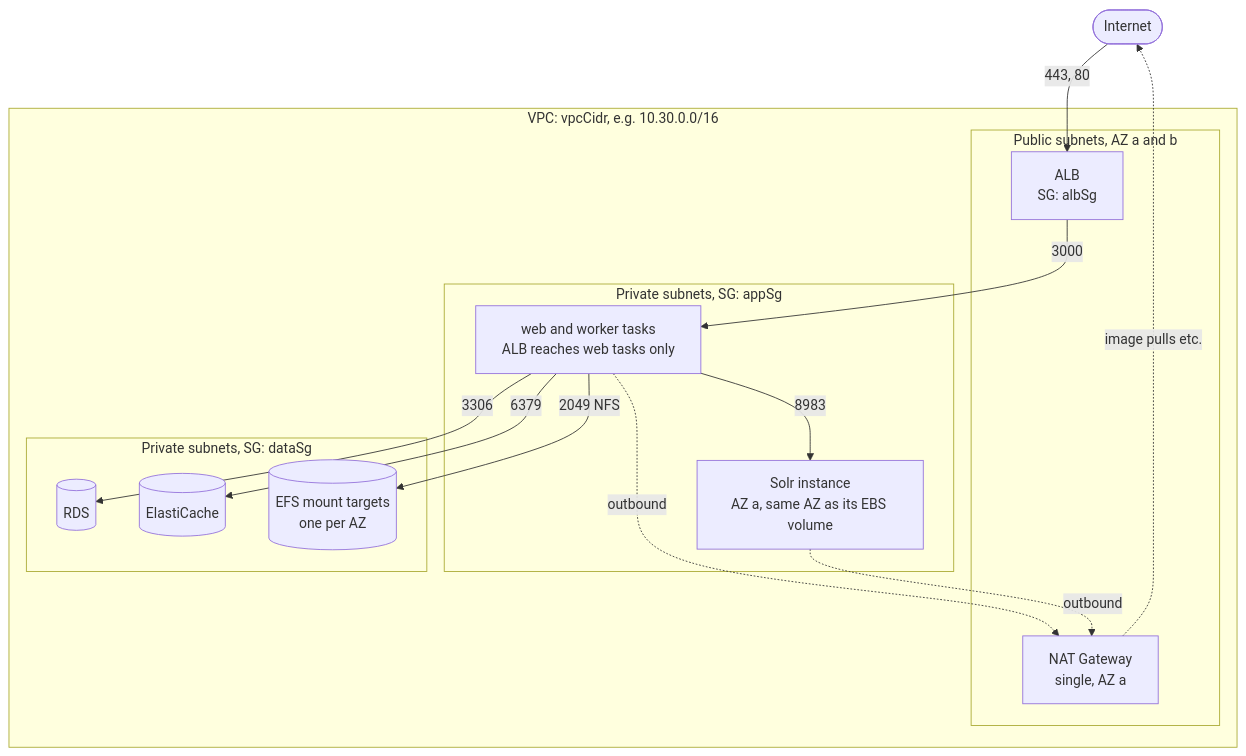
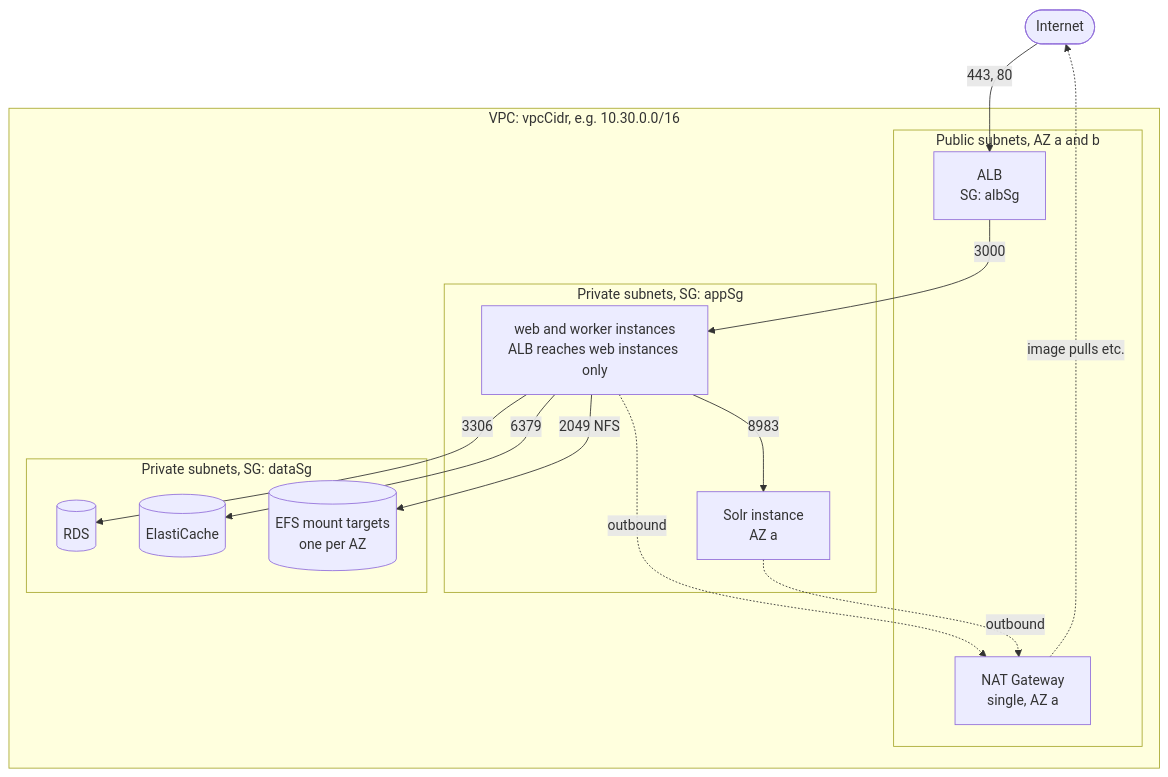
One commit to seek4science/seek changed the third of 5 diagrams in docs/pulumi-architecture.md. Above: the diagram before and after it, drawn with Mermaid. The commit also changed other lines of this file and 2 other files, not shown here.

First line of the commit message:
Bring the architecture doc up to date; make YAML comments self-contained

````diff
--- a/docs/pulumi-architecture.md
+++ b/docs/pulumi-architecture.md
@@ -126,31 +136,31 @@
 ```mermaid
 flowchart TB
     internet(["Internet"])
 
     subgraph vpc["VPC: vpcCidr, e.g. 10.30.0.0/16"]
         subgraph public["Public subnets, AZ a and b"]
             alb["ALB<br/>SG: albSg"]
             nat["NAT Gateway<br/>single, AZ a"]
         end
 
         subgraph appsg["Private subnets, SG: appSg"]
-            tasks["web and worker tasks<br/>ALB reaches web tasks only"]
-            solr["Solr instance<br/>AZ a, same AZ as its EBS volume"]
+            instances["web and worker instances<br/>ALB reaches web instances only"]
+            solr["Solr instance<br/>AZ a"]
         end
 
         subgraph datasg["Private subnets, SG: dataSg"]
             rds[("RDS")]
             redis[("ElastiCache")]
             efs[("EFS mount targets<br/>one per AZ")]
         end
     end
 
     internet -- "443, 80" --> alb
-    alb -- "3000" --> tasks
-    tasks -- "8983" --> solr
-    tasks -- "3306" --> rds
-    tasks -- "6379" --> redis
-    tasks -- "2049 NFS" --> efs
-    tasks & solr -. "outbound" .-> nat
+    alb -- "3000" --> instances
+    instances -- "8983" --> solr
+    instances -- "3306" --> rds
+    instances -- "6379" --> redis
+    instances -- "2049 NFS" --> efs
+    instances & solr -. "outbound" .-> nat
     nat -. "image pulls etc." .-> internet
 ```
````
